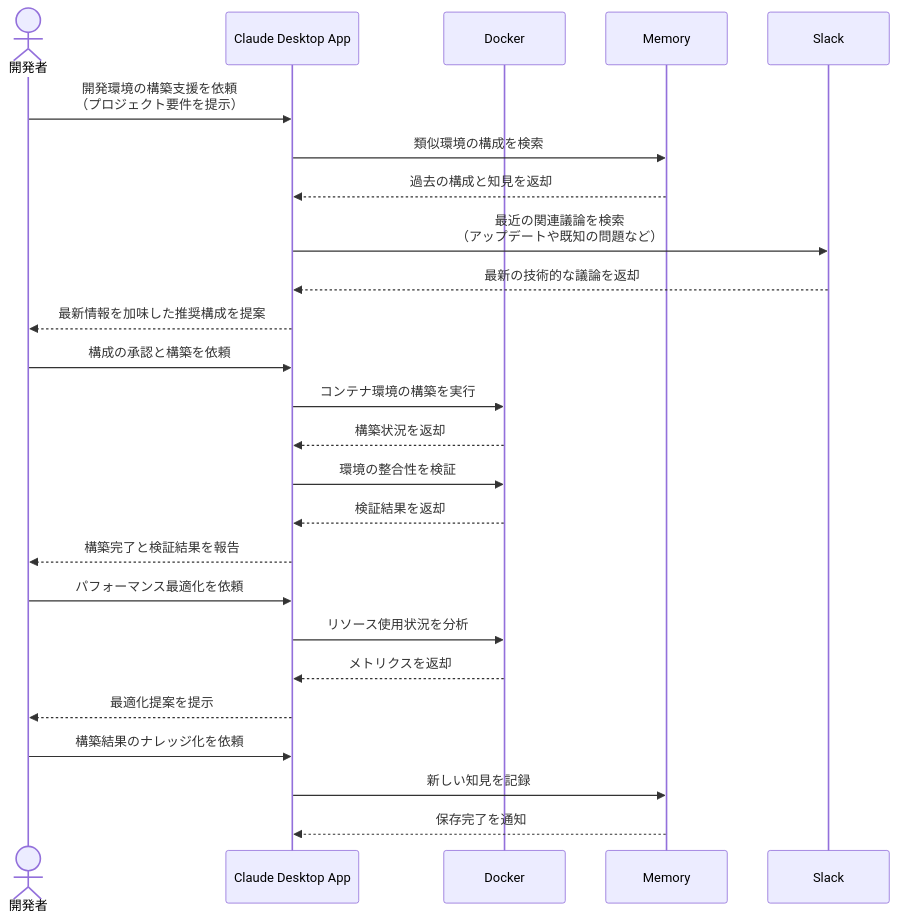
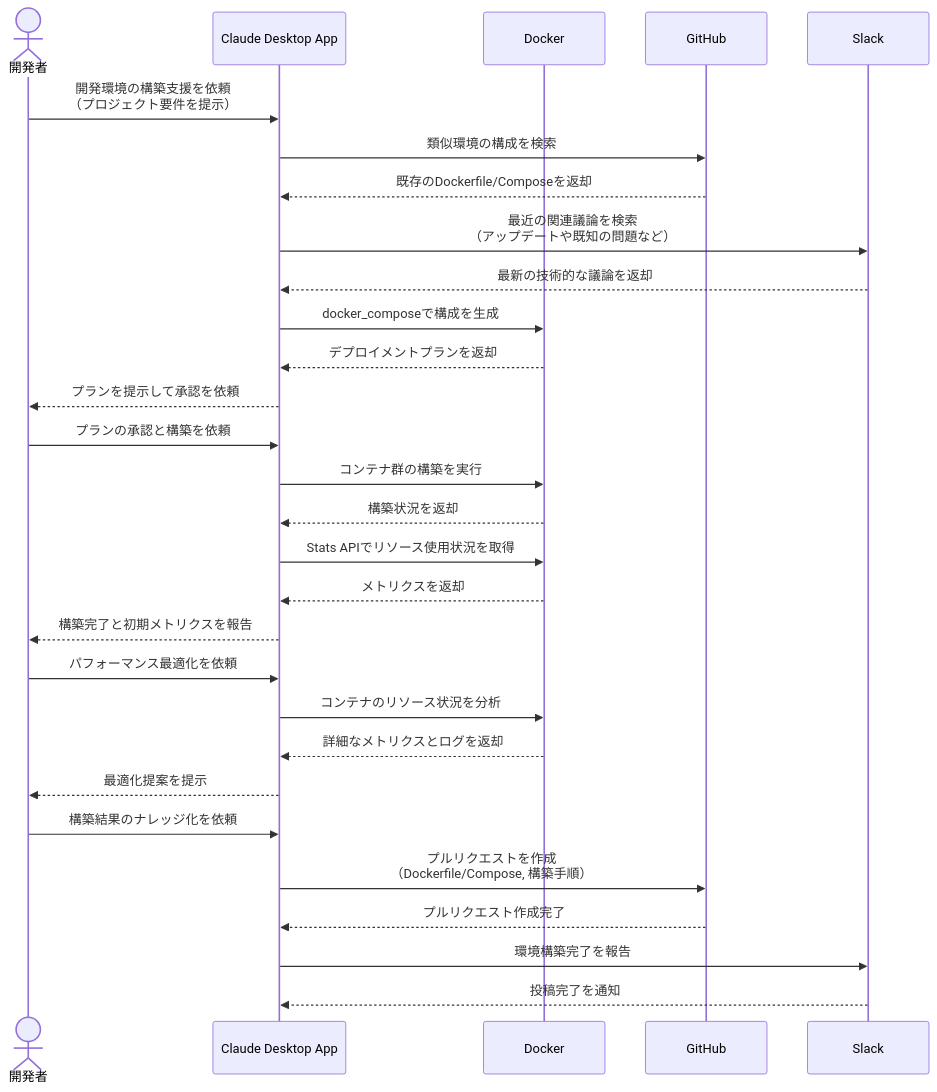
Before and after one commit to po-shu/mcp-100-ideas: the diagram in docs/02_エンジニア/チーム全体の開発環境を最適化する.md, drawn with Mermaid. The commit also changed other lines of this file and 4 other files, not shown here.

````diff
--- a/docs/02_エンジニア/チーム全体の開発環境を最適化する.md
+++ b/docs/02_エンジニア/チーム全体の開発環境を最適化する.md
@@ -17,28 +17,36 @@
 ```mermaid
 sequenceDiagram
     actor User as 開発者
     participant CAP as Claude Desktop App
     participant Docker as Docker
-    participant Memory as Memory
+    participant GH as GitHub
     participant Slack as Slack
 
     User->>CAP: 開発環境の構築支援を依頼<br>（プロジェクト要件を提示）
-    CAP->>Memory: 類似環境の構成を検索
-    Memory-->>CAP: 過去の構成と知見を返却
+    CAP->>GH: 類似環境の構成を検索
+    GH-->>CAP: 既存のDockerfile/Composeを返却
     CAP->>Slack: 最近の関連議論を検索<br>（アップデートや既知の問題など）
     Slack-->>CAP: 最新の技術的な議論を返却
-    CAP-->>User: 最新情報を加味した推奨構成を提案
-    User->>CAP: 構成の承認と構築を依頼
-    CAP->>Docker: コンテナ環境の構築を実行
+    
+    CAP->>Docker: docker_composeで構成を生成
+    Docker-->>CAP: デプロイメントプランを返却
+    CAP-->>User: プランを提示して承認を依頼
+    User->>CAP: プランの承認と構築を依頼
+    
+    CAP->>Docker: コンテナ群の構築を実行
     Docker-->>CAP: 構築状況を返却
-    CAP->>Docker: 環境の整合性を検証
-    Docker-->>CAP: 検証結果を返却
-    CAP-->>User: 構築完了と検証結果を報告
+    CAP->>Docker: Stats APIでリソース使用状況を取得
+    Docker-->>CAP: メトリクスを返却
+    CAP-->>User: 構築完了と初期メトリクスを報告
+    
     User->>CAP: パフォーマンス最適化を依頼
-    CAP->>Docker: リソース使用状況を分析
-    Docker-->>CAP: メトリクスを返却
+    CAP->>Docker: コンテナのリソース状況を分析
+    Docker-->>CAP: 詳細なメトリクスとログを返却
     CAP-->>User: 最適化提案を提示
+    
     User->>CAP: 構築結果のナレッジ化を依頼
-    CAP->>Memory: 新しい知見を記録
-    Memory-->>CAP: 保存完了を通知
+    CAP->>GH: プルリクエストを作成<br>（Dockerfile/Compose, 構築手順）
+    GH-->>CAP: プルリクエスト作成完了
+    CAP->>Slack: 環境構築完了を報告
+    Slack-->>CAP: 投稿完了を通知
 ```
````
